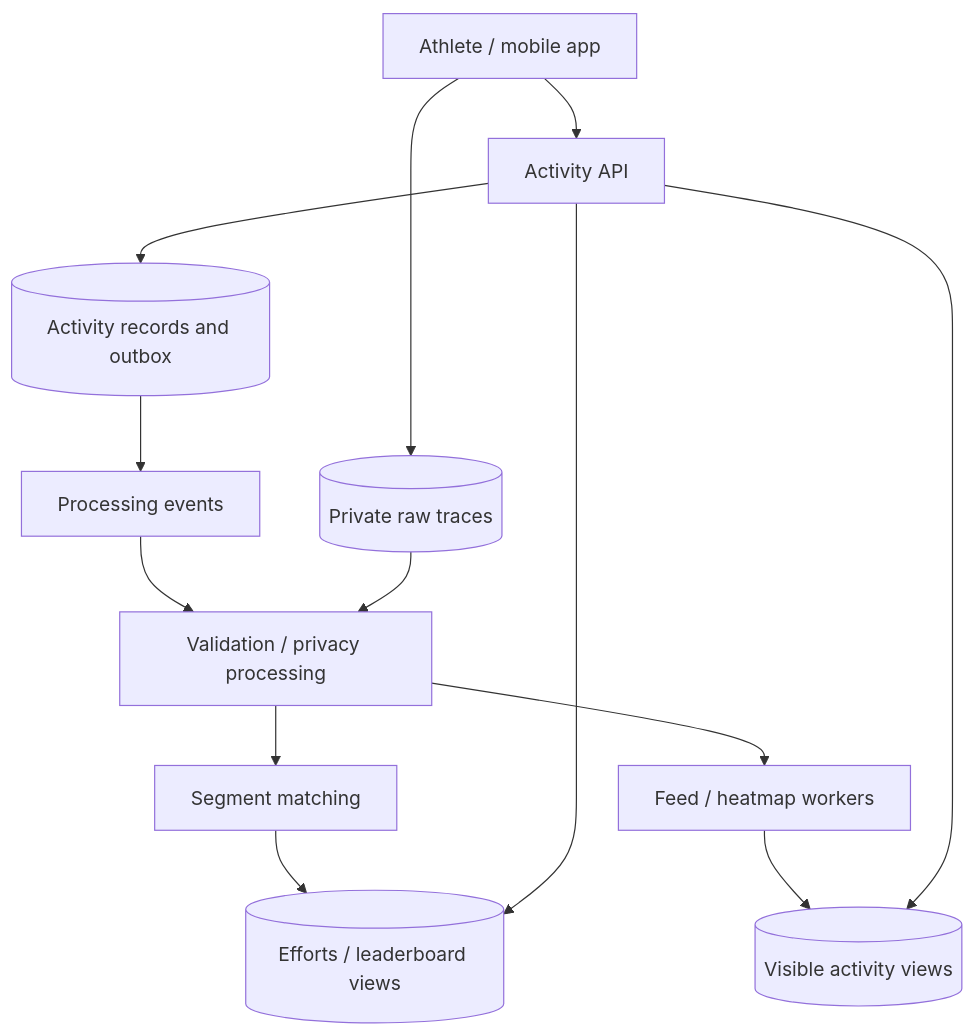
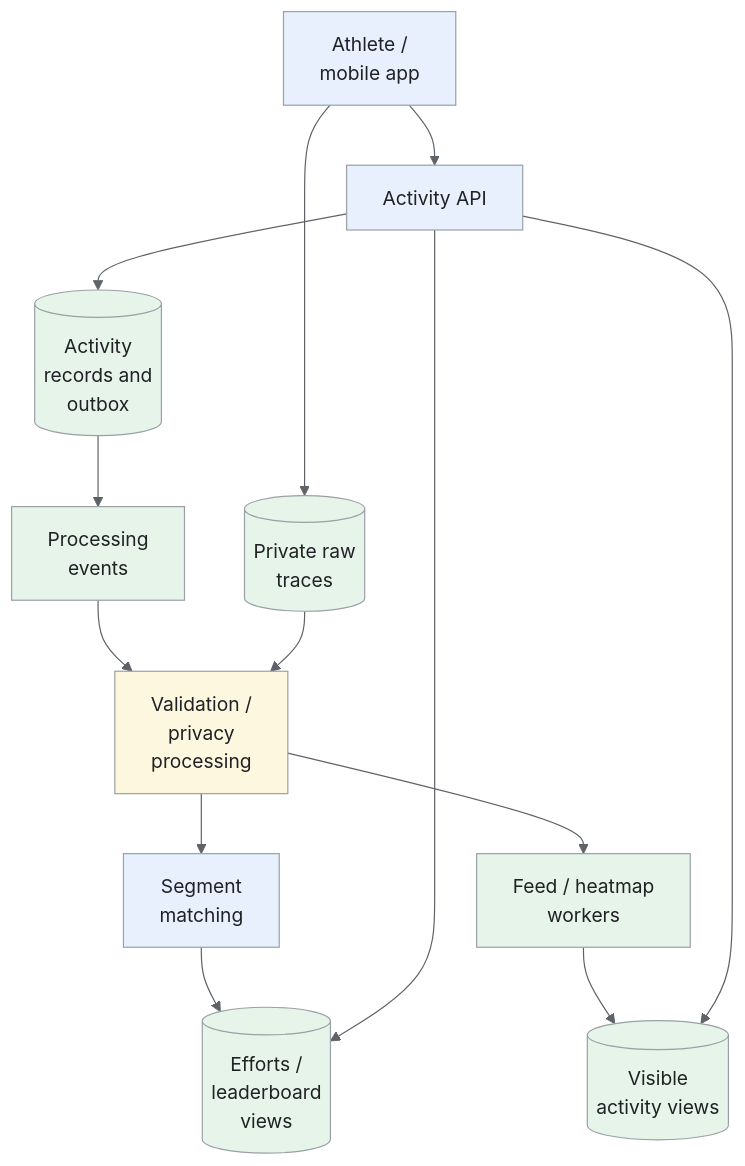
Before and after one commit to iliazlobin/iliazlobin.github.io: the first of 4 diagrams in _designs/system-design-strava.md, drawn with Mermaid. The commit also changed other lines of this file and 131 other files, not shown here.

````diff
--- a/_designs/system-design-strava.md
+++ b/_designs/system-design-strava.md
@@ -132,15 +151,23 @@
 ```mermaid
+%%{init: {"theme":"base","themeVariables":{"primaryColor":"#e8f0fe","primaryBorderColor":"#9aa0a6","primaryTextColor":"#202124","secondaryColor":"#e6f4ea","tertiaryColor":"#fef7e0","lineColor":"#5f6368","actorBkg":"#e8f0fe","actorBorder":"#9aa0a6","actorTextColor":"#202124","noteBkgColor":"#fef7e0","noteBorderColor":"#9aa0a6","noteTextColor":"#202124","signalColor":"#5f6368","signalTextColor":"#202124"}}}%%
 flowchart TB
-  U["Athlete / mobile app"] --> API["Activity API"]
-  U --> RAW[("Private raw traces")]
-  API --> DB[("Activity records and outbox")]
-  DB --> Q["Processing events"]
-  Q --> CLEAN["Validation / privacy processing"]
+  U["Athlete /<br>mobile app"] --> API["Activity API"]
+  U --> RAW[("Private raw<br>traces")]
+  API --> DB[("Activity<br>records and<br>outbox")]
+  DB --> Q["Processing<br>events"]
+  Q --> CLEAN["Validation /<br>privacy<br>processing"]
   RAW --> CLEAN
-  CLEAN --> MATCH["Segment matching"]
-  MATCH --> VIEWS[("Efforts / leaderboard views")]
-  CLEAN --> FEED["Feed / heatmap workers"]
-  FEED --> READ[("Visible activity views")]
+  CLEAN --> MATCH["Segment<br>matching"]
+  MATCH --> VIEWS[("Efforts /<br>leaderboard<br>views")]
+  CLEAN --> FEED["Feed / heatmap<br>workers"]
+  FEED --> READ[("Visible<br>activity views")]
   API --> VIEWS
   API --> READ
+classDef request fill:#e8f0fe,stroke:#9aa0a6,color:#202124;
+classDef data fill:#e6f4ea,stroke:#9aa0a6,color:#202124;
+classDef control fill:#fef7e0,stroke:#9aa0a6,color:#202124;
+class U,API,MATCH request;
+class RAW,DB,Q,VIEWS,FEED,READ data;
+class CLEAN control;
+
 ```
````
